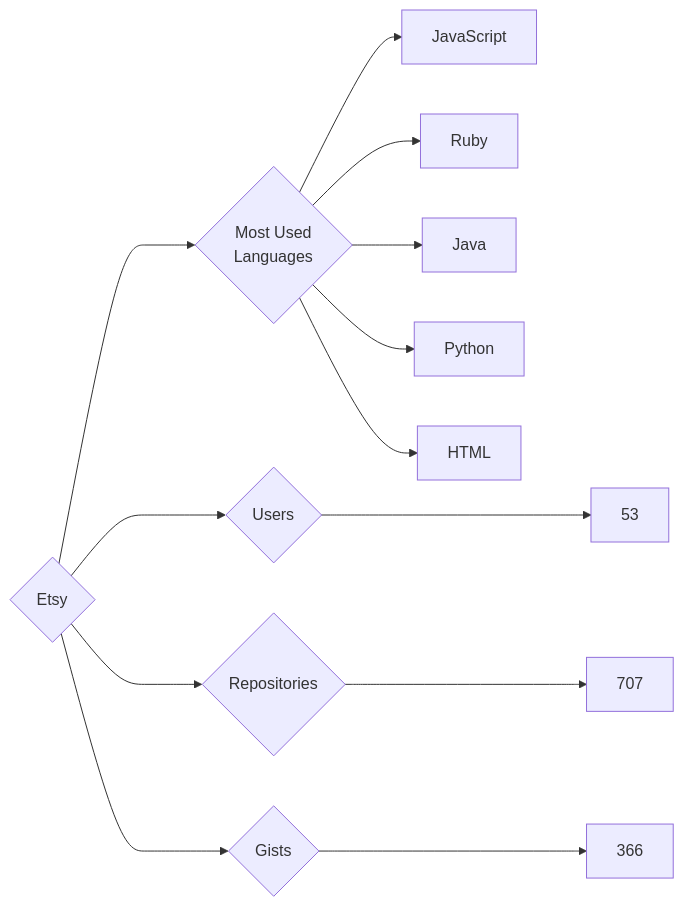
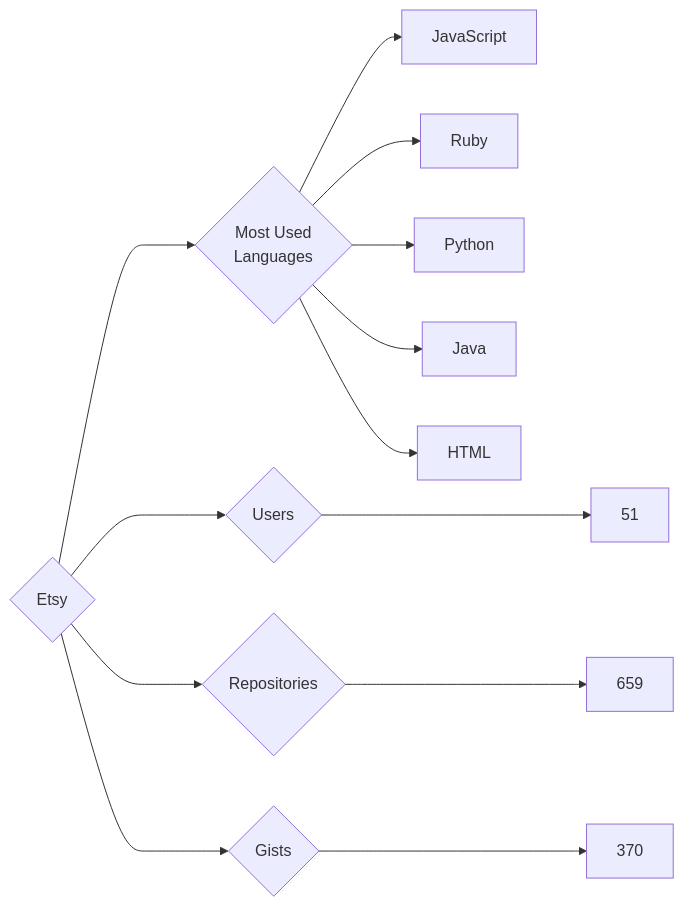
One commit to trickest/insiders changed the diagram in targets/Etsy/README.md. Above: the diagram before and after it, drawn with Mermaid. The commit also changed 775 other files, not shown here.

````diff
--- a/targets/Etsy/README.md
+++ b/targets/Etsy/README.md
@@ -3,13 +3,13 @@
 ```mermaid
 graph LR
 COMPANY_NAME{Etsy}
-COMPANY_NAME ---> U{Users} ---> UN[53]
-COMPANY_NAME ---> R{Repositories} ---> RN[707]
-COMPANY_NAME ---> G{Gists} ---> GN[366]
+COMPANY_NAME ---> U{Users} ---> UN[51]
+COMPANY_NAME ---> R{Repositories} ---> RN[659]
+COMPANY_NAME ---> G{Gists} ---> GN[370]
 COMPANY_NAME ---> ML{Most Used<br>Languages}
 ML --> JavaScript[JavaScript]
 ML --> Ruby[Ruby]
+ML --> Python[Python]
 ML --> Java[Java]
-ML --> Python[Python]
 ML --> HTML[HTML]
 ```
````
